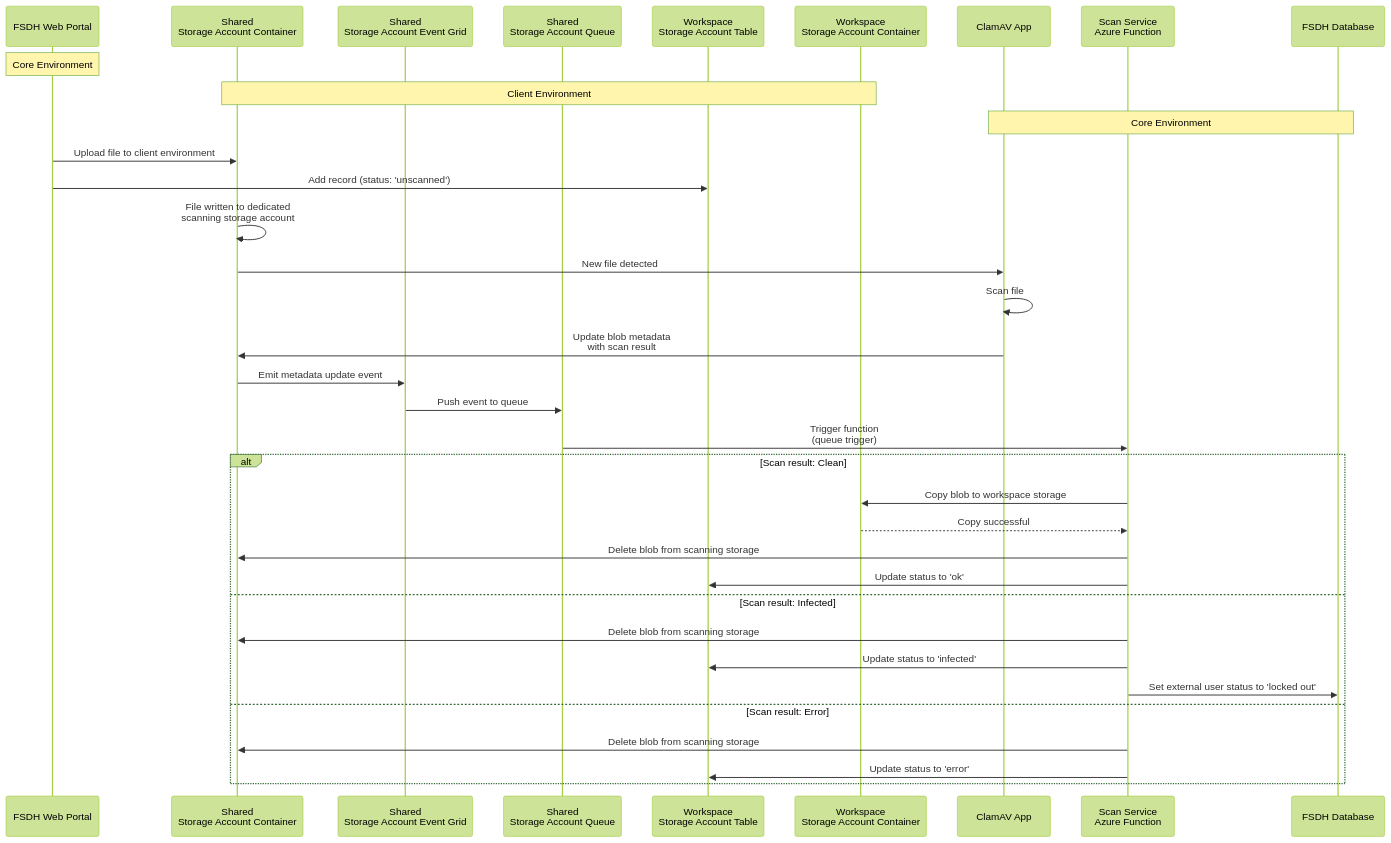
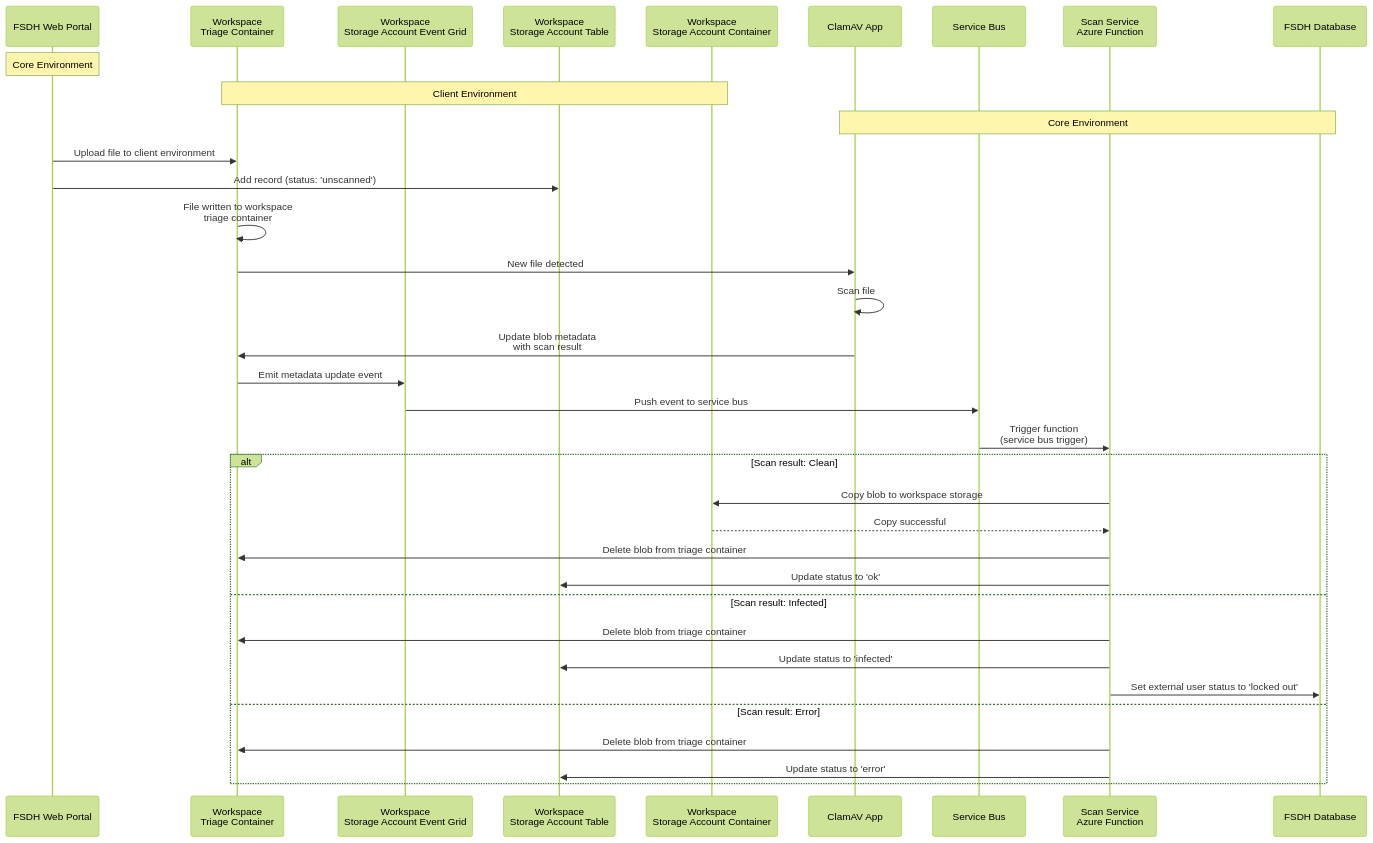
One commit to ssc-sp/datahub-docs changed the diagram in DeveloperGuide/ClamAV/requirements.md. Above: the diagram before and after it, drawn with Mermaid (forest theme). The commit also changed other lines of this file and 2 other files, not shown here.

Commit message:
updated clamAV flow

````diff
--- a/DeveloperGuide/ClamAV/requirements.md
+++ b/DeveloperGuide/ClamAV/requirements.md
@@ -112,44 +102,44 @@
 ```mermaid
 sequenceDiagram
     participant Portal as FSDH Web Portal
-    participant ScanStorage as Shared<br/> Storage Account Container
-    participant EventGrid as Shared<br/>Storage Account Event Grid
-    participant Queue as Shared<br/>Storage Account Queue
+    participant TriageStorage as Workspace<br/>Triage Container
+    participant EventGrid as Workspace<br/>Storage Account Event Grid
     participant ClientTable as Workspace<br/> Storage Account Table
     participant WorkspaceStorage as Workspace<br/>Storage Account Container
     participant ClamAV as ClamAV App
+    participant ServiceBus as Service Bus
     participant ScanFunc as Scan Service<br/>Azure Function
     participant Database as FSDH Database
 
     Note over Portal: Core Environment
-    Note over ScanStorage,WorkspaceStorage: Client Environment
+    Note over TriageStorage,WorkspaceStorage: Client Environment
     Note over ClamAV,Database: Core Environment
     
-    Portal->>ScanStorage: Upload file to client environment
+    Portal->>TriageStorage: Upload file to client environment
     Portal->>ClientTable: Add record (status: 'unscanned')
     
-    ScanStorage->>ScanStorage: File written to dedicated<br/>scanning storage account
+    TriageStorage->>TriageStorage: File written to workspace<br/>triage container
     
-    ScanStorage->>ClamAV: New file detected
+    TriageStorage->>ClamAV: New file detected
     ClamAV->>ClamAV: Scan file
-    ClamAV->>ScanStorage: Update blob metadata<br/>with scan result
+    ClamAV->>TriageStorage: Update blob metadata<br/>with scan result
     
-    ScanStorage->>EventGrid: Emit metadata update event
-    EventGrid->>Queue: Push event to queue
+    TriageStorage->>EventGrid: Emit metadata update event
+    EventGrid->>ServiceBus: Push event to service bus
     
-    Queue->>ScanFunc: Trigger function<br/>(queue trigger)
+    ServiceBus->>ScanFunc: Trigger function<br/>(service bus trigger)
     
     alt Scan result: Clean
         ScanFunc->>WorkspaceStorage: Copy blob to workspace storage
         WorkspaceStorage-->>ScanFunc: Copy successful
-        ScanFunc->>ScanStorage: Delete blob from scanning storage
+        ScanFunc->>TriageStorage: Delete blob from triage container
         ScanFunc->>ClientTable: Update status to 'ok'
     else Scan result: Infected
-        ScanFunc->>ScanStorage: Delete blob from scanning storage
+        ScanFunc->>TriageStorage: Delete blob from triage container
         ScanFunc->>ClientTable: Update status to 'infected'
         ScanFunc->>Database: Set external user status to 'locked out'
     else Scan result: Error
-        ScanFunc->>ScanStorage: Delete blob from scanning storage
+        ScanFunc->>TriageStorage: Delete blob from triage container
         ScanFunc->>ClientTable: Update status to 'error'
     end
 ```
````
